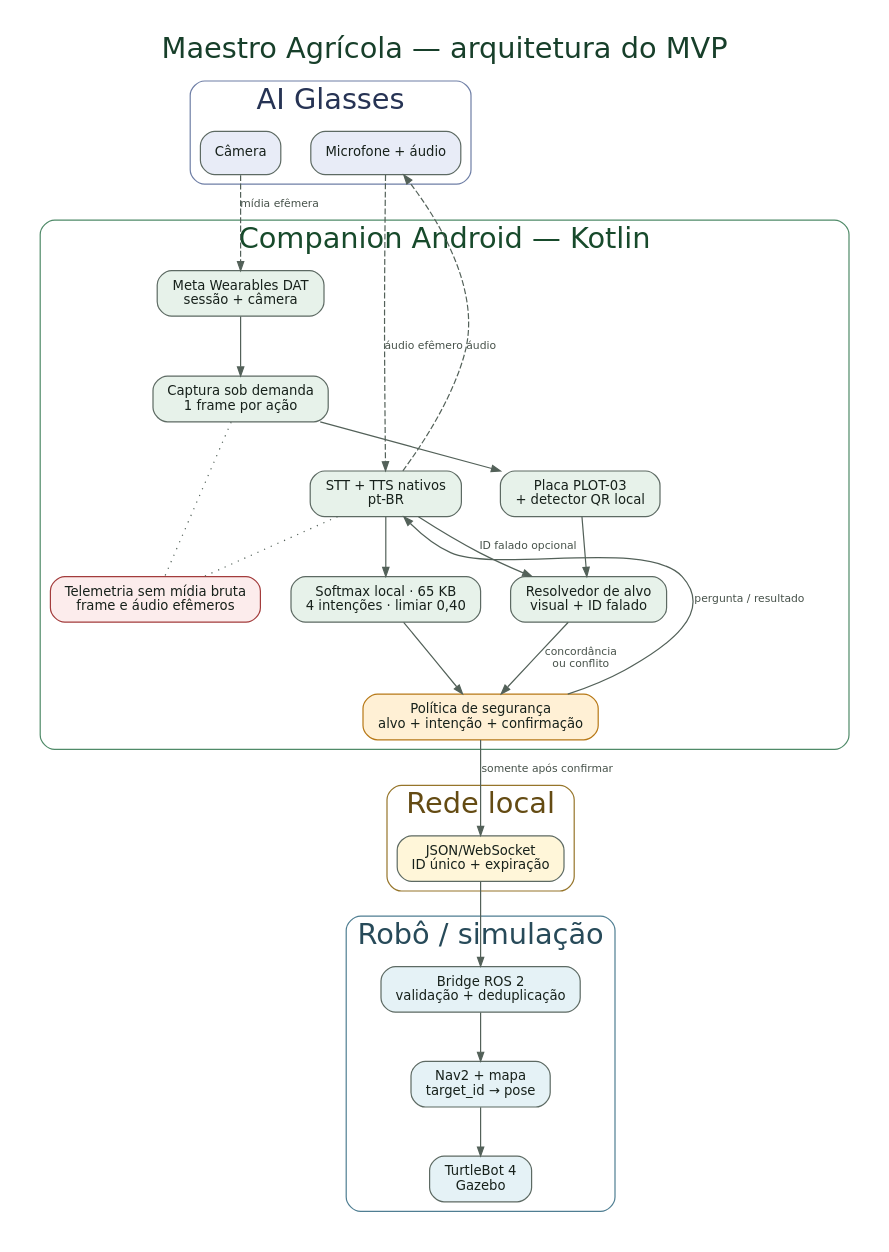
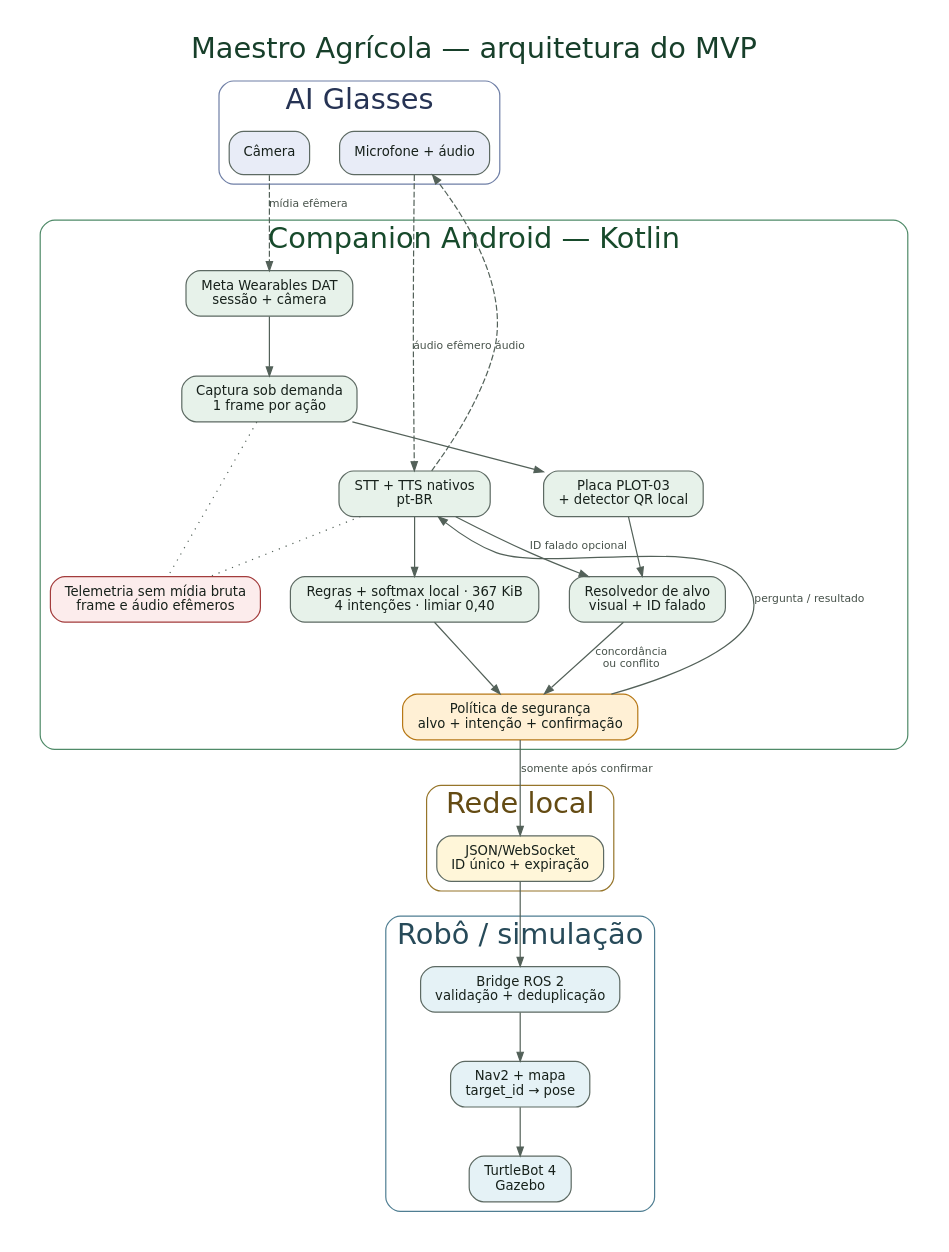
One commit to vvvvvdal/maestro-agricola changed the diagram in docs/submission/architecture.dot. Above: the diagram before and after it, drawn with Graphviz. The commit also changed 9 other files, not shown here.

```diff
--- a/docs/submission/architecture.dot
+++ b/docs/submission/architecture.dot
@@ -1,48 +1,48 @@
 digraph MaestroAgricola {
   graph [rankdir=TB, bgcolor="white", pad="0.25", nodesep="0.35", ranksep="0.55", fontname="DejaVu Sans", labelloc="t", label="Maestro Agrícola — arquitetura do MVP", fontsize=24, fontcolor="#173F2A"];
   node [shape=box, style="rounded,filled", fontname="DejaVu Sans", fontsize=11, margin="0.16,0.10", color="#5D6A63", fontcolor="#17211B"];
   edge [fontname="DejaVu Sans", fontsize=9, color="#536159", fontcolor="#465149", arrowsize=0.75];
 
   subgraph cluster_glasses {
     label="AI Glasses"; color="#6F7FA6"; fontcolor="#263354"; style="rounded";
     CAM [label="Câmera", fillcolor="#E8ECF7"];
     AUD [label="Microfone + áudio", fillcolor="#E8ECF7"];
   }
 
   subgraph cluster_mobile {
     label="Companion Android — Kotlin"; color="#4F8A68"; fontcolor="#174A2B"; style="rounded";
     DAT [label="Meta Wearables DAT\nsessão + câmera", fillcolor="#E7F2EA"];
     FRAME [label="Captura sob demanda\n1 frame por ação", fillcolor="#E7F2EA"];
     QR [label="Placa PLOT-03\n+ detector QR local", fillcolor="#E7F2EA"];
     VOICE [label="STT + TTS nativos\npt-BR", fillcolor="#E7F2EA"];
-    AI [label="Softmax local · 65 KB\n4 intenções · limiar 0,40", fillcolor="#E7F2EA"];
+    AI [label="Regras + softmax local · 367 KiB\n4 intenções · limiar 0,40", fillcolor="#E7F2EA"];
     TARGET [label="Resolvedor de alvo\nvisual + ID falado", fillcolor="#E7F2EA"];
     FSM [label="Política de segurança\nalvo + intenção + confirmação", fillcolor="#FFF0D5", color="#B77816"];
     PRIV [label="Telemetria sem mídia bruta\nframe e áudio efêmeros", fillcolor="#FCECEC", color="#A33C3C"];
   }
 
   subgraph cluster_network {
     label="Rede local"; color="#96752A"; fontcolor="#644B13"; style="rounded";
     WS [label="JSON/WebSocket\nID único + expiração", fillcolor="#FFF6D9"];
   }
 
   subgraph cluster_robot {
     label="Robô / simulação"; color="#4F7E92"; fontcolor="#274A59"; style="rounded";
     BRIDGE [label="Bridge ROS 2\nvalidação + deduplicação", fillcolor="#E5F2F6"];
     NAV [label="Nav2 + mapa\ntarget_id → pose", fillcolor="#E5F2F6"];
     TB4 [label="TurtleBot 4\nGazebo", fillcolor="#E5F2F6"];
   }
 
   CAM -> DAT [style=dashed, label="mídia efêmera"];
   DAT -> FRAME -> QR -> TARGET;
   AUD -> VOICE [style=dashed, label="áudio efêmero"];
   VOICE -> AI -> FSM;
   VOICE -> TARGET [label="ID falado opcional"];
   TARGET -> FSM [label="concordância\nou conflito"];
   FSM -> VOICE [label="pergunta / resultado", constraint=false];
   VOICE -> AUD [style=dashed, label="áudio", constraint=false];
   FSM -> WS [label="somente após confirmar"];
   WS -> BRIDGE -> NAV -> TB4;
   FRAME -> PRIV [style=dotted, arrowhead=none];
   VOICE -> PRIV [style=dotted, arrowhead=none];
 }
```
